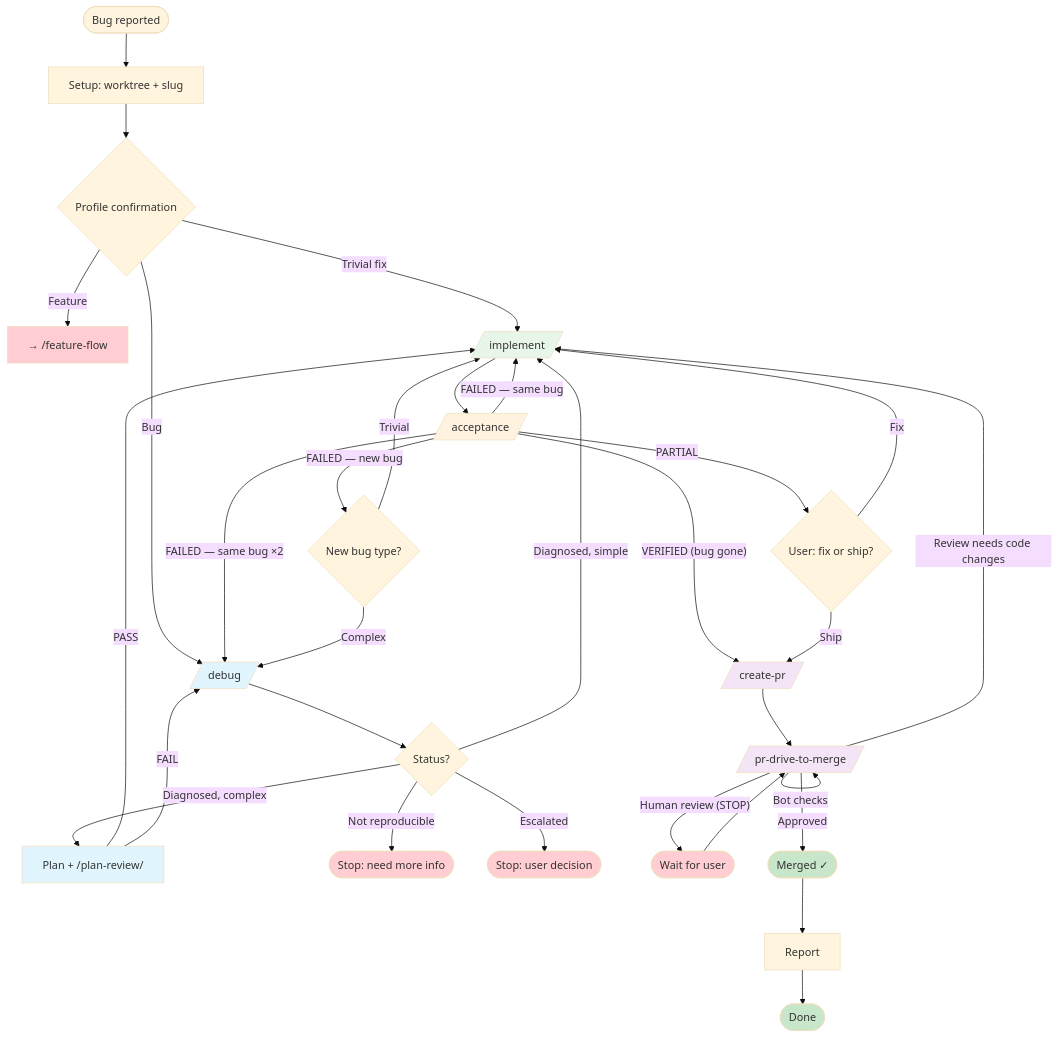
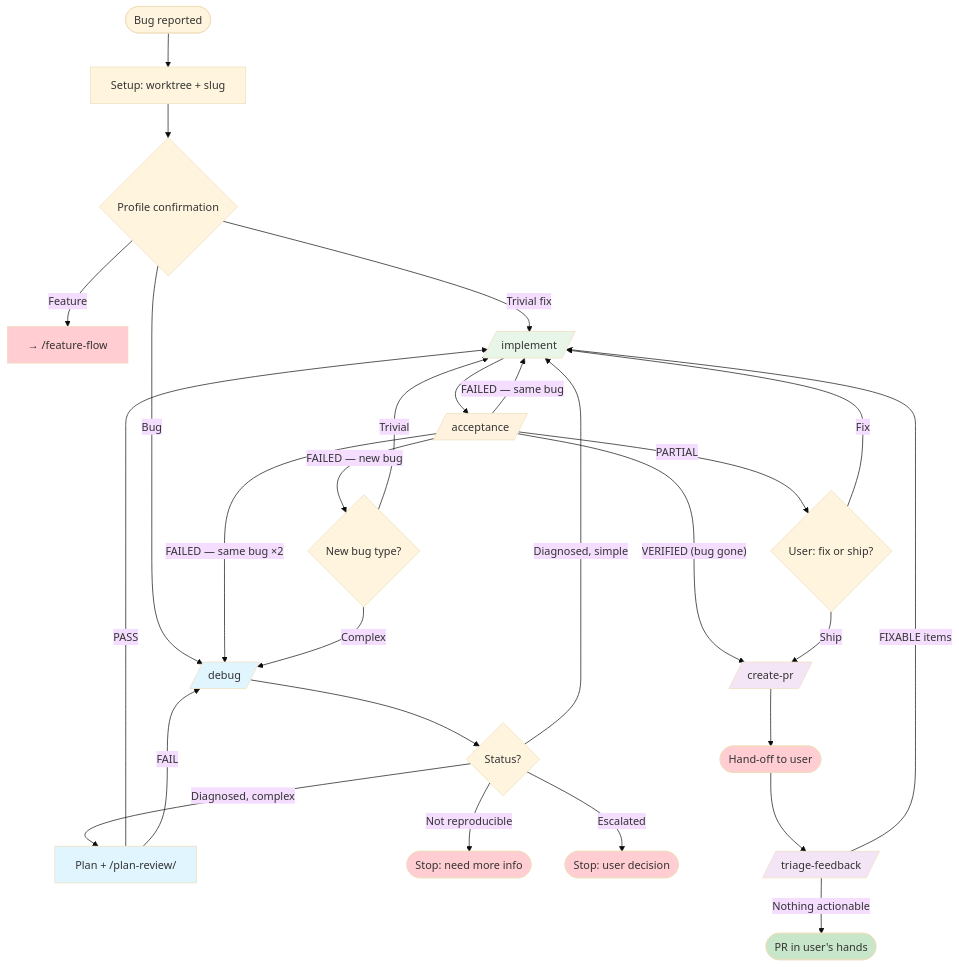
The second of 2 diagrams in plugins/developer-workflow/docs/ORCHESTRATORS.md (kirich1409/maven-central-mcp), drawn with Mermaid (base theme) before and after one commit. The commit also changed other lines of this file and 15 other files, not shown here.

First line of the commit message:
Replace pr-drive-to-merge and address-review-feedback with triage-feedback (#84)

````diff
--- a/plugins/developer-workflow/docs/ORCHESTRATORS.md
+++ b/plugins/developer-workflow/docs/ORCHESTRATORS.md
@@ -93,54 +90,48 @@
 ```mermaid
 flowchart TD
     start([Bug reported]) --> setup[Setup: worktree + slug]
     setup --> confirm{Profile confirmation}
     confirm -->|Feature| redirect_feat[→ /feature-flow]
     confirm -->|Trivial fix| impl
     confirm -->|Bug| debug
 
     debug[/debug/] --> debug_result{Status?}
     debug_result -->|Diagnosed, simple| impl
     debug_result -->|Diagnosed, complex| plan[Plan + /plan-review/]
     debug_result -->|Not reproducible| stop_nr([Stop: need more info])
     debug_result -->|Escalated| stop_esc([Stop: user decision])
 
     plan -->|PASS| impl
     plan -->|FAIL| debug
 
     impl[/implement/] --> acceptance[/acceptance/]
 
     acceptance -->|"VERIFIED (bug gone)"| create_pr
     acceptance -->|"FAILED — same bug"| impl
     acceptance -->|"FAILED — same bug ×2"| debug
     acceptance -->|"FAILED — new bug"| route_new{New bug type?}
     acceptance -->|PARTIAL| user_decision{User: fix or ship?}
 
     route_new -->|Trivial| impl
     route_new -->|Complex| debug
 
     user_decision -->|Fix| impl
     user_decision -->|Ship| create_pr
 
-    create_pr[/create-pr/] --> drive[/pr-drive-to-merge/]
-    drive -->|Bot checks| drive
-    drive -->|"Human review (STOP)"| wait_review([Wait for user])
-    wait_review --> drive
-    drive -->|Review needs code changes| impl
-    drive -->|Approved| merge([Merged ✓])
-
-    report[Report] --> done([Done])
-    merge --> report
+    create_pr[/create-pr/] --> handoff([Hand-off to user])
+    handoff --> triage[/triage-feedback/]
+    triage -->|FIXABLE items| impl
+    triage -->|Nothing actionable| done([PR in user's hands])
 
     style debug fill:#e1f5fe
     style plan fill:#e1f5fe
     style impl fill:#e8f5e9
     style acceptance fill:#fff3e0
     style create_pr fill:#f3e5f5
-    style drive fill:#f3e5f5
-    style wait_review fill:#ffcdd2
+    style triage fill:#f3e5f5
+    style handoff fill:#ffcdd2
     style stop_nr fill:#ffcdd2
     style stop_esc fill:#ffcdd2
-    style merge fill:#c8e6c9
     style done fill:#c8e6c9
     style redirect_feat fill:#ffcdd2
 ```
````
